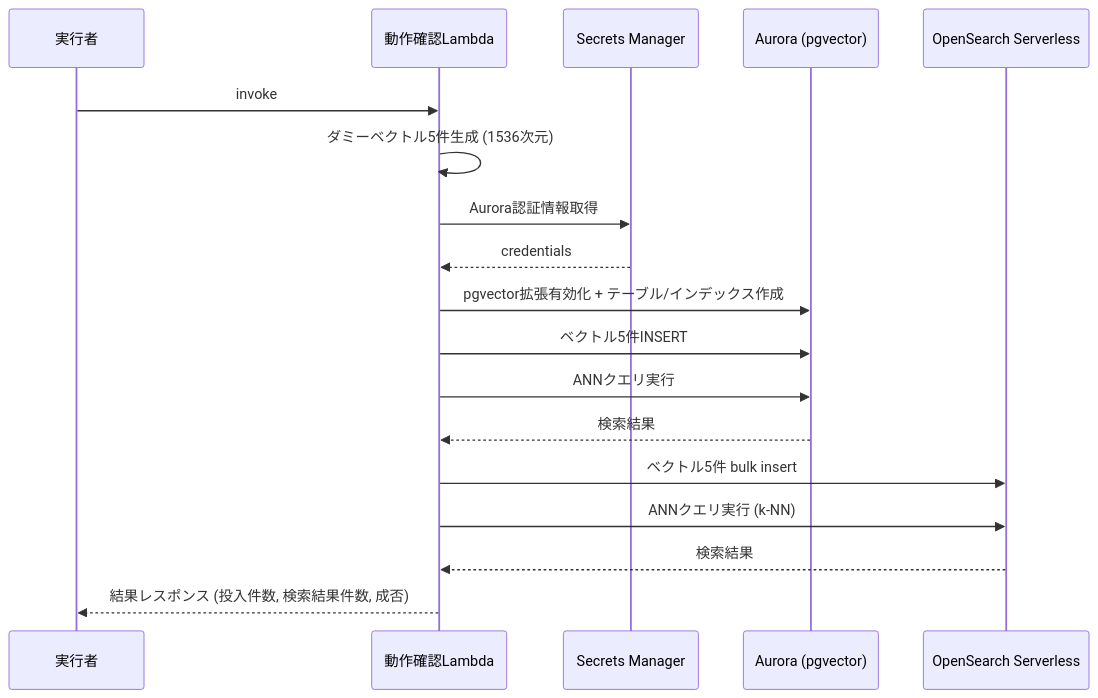
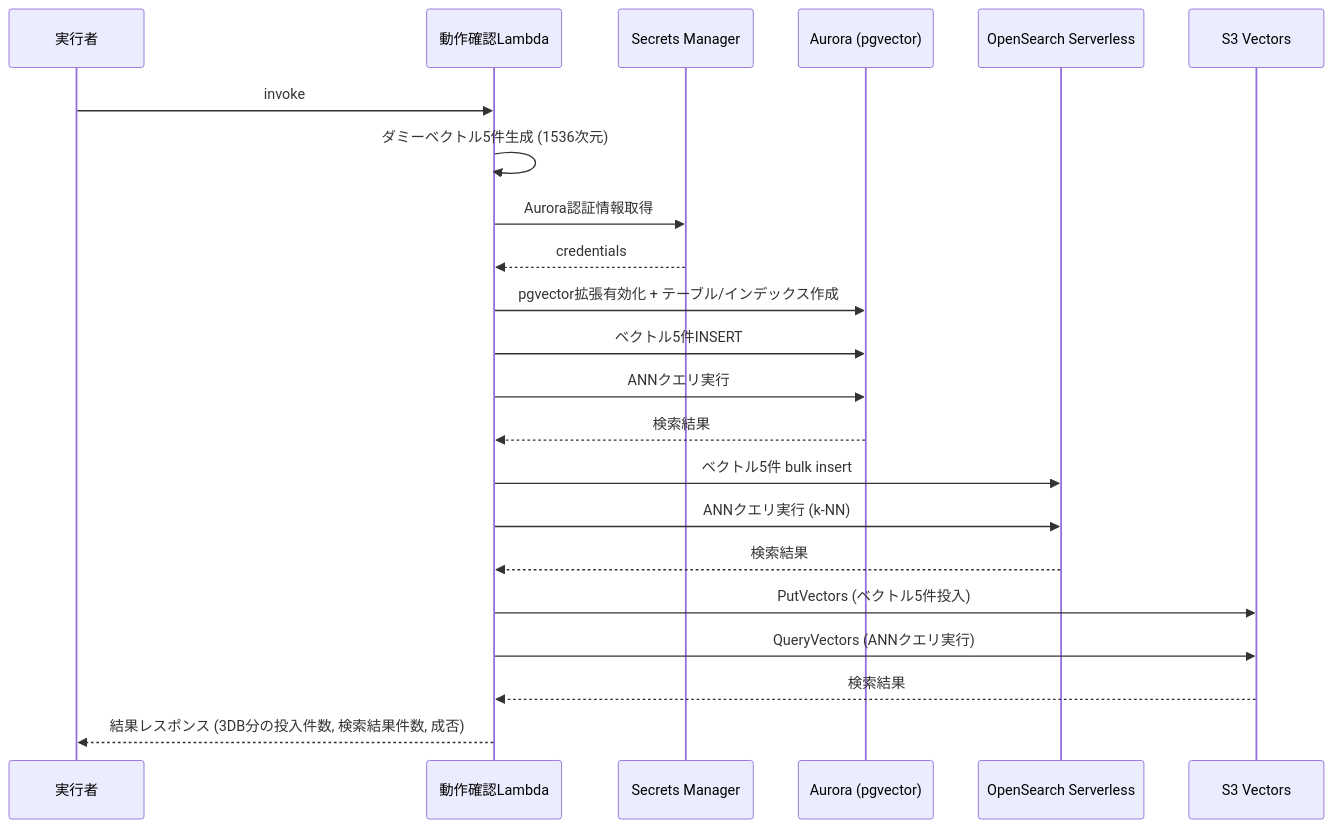
Before and after one commit to satoshi256kbyte/vector-db-benchmark: the second of 2 diagrams in .kiro/specs/01-vector-db-benchmark/design.md, drawn with Mermaid. The commit also changed other lines of this file and 25 other files, not shown here.

````diff
--- a/.kiro/specs/01-vector-db-benchmark/design.md
+++ b/.kiro/specs/01-vector-db-benchmark/design.md
@@ -185,25 +264,30 @@
 ```mermaid
 sequenceDiagram
     participant User as 実行者
     participant Lambda as 動作確認Lambda
     participant SM as Secrets Manager
     participant Aurora as Aurora (pgvector)
     participant OS as OpenSearch Serverless
+    participant S3V as S3 Vectors
 
     User->>Lambda: invoke
     Lambda->>Lambda: ダミーベクトル5件生成 (1536次元)
-    
+
     Lambda->>SM: Aurora認証情報取得
     SM-->>Lambda: credentials
-    
+
     Lambda->>Aurora: pgvector拡張有効化 + テーブル/インデックス作成
     Lambda->>Aurora: ベクトル5件INSERT
     Lambda->>Aurora: ANNクエリ実行
     Aurora-->>Lambda: 検索結果
-    
+
     Lambda->>OS: ベクトル5件 bulk insert
     Lambda->>OS: ANNクエリ実行 (k-NN)
     OS-->>Lambda: 検索結果
-    
-    Lambda-->>User: 結果レスポンス (投入件数, 検索結果件数, 成否)
+
+    Lambda->>S3V: PutVectors (ベクトル5件投入)
+    Lambda->>S3V: QueryVectors (ANNクエリ実行)
+    S3V-->>Lambda: 検索結果
+
+    Lambda-->>User: 結果レスポンス (3DB分の投入件数, 検索結果件数, 成否)
 ```
````
